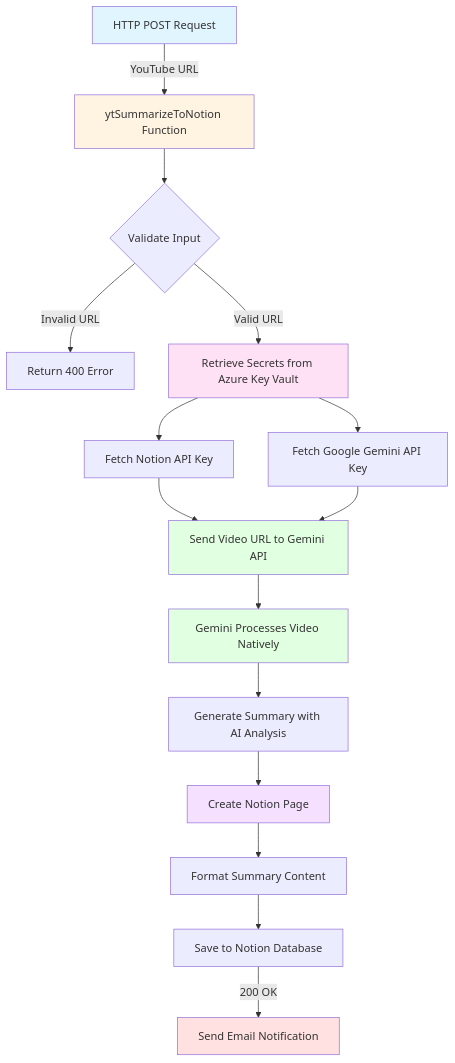
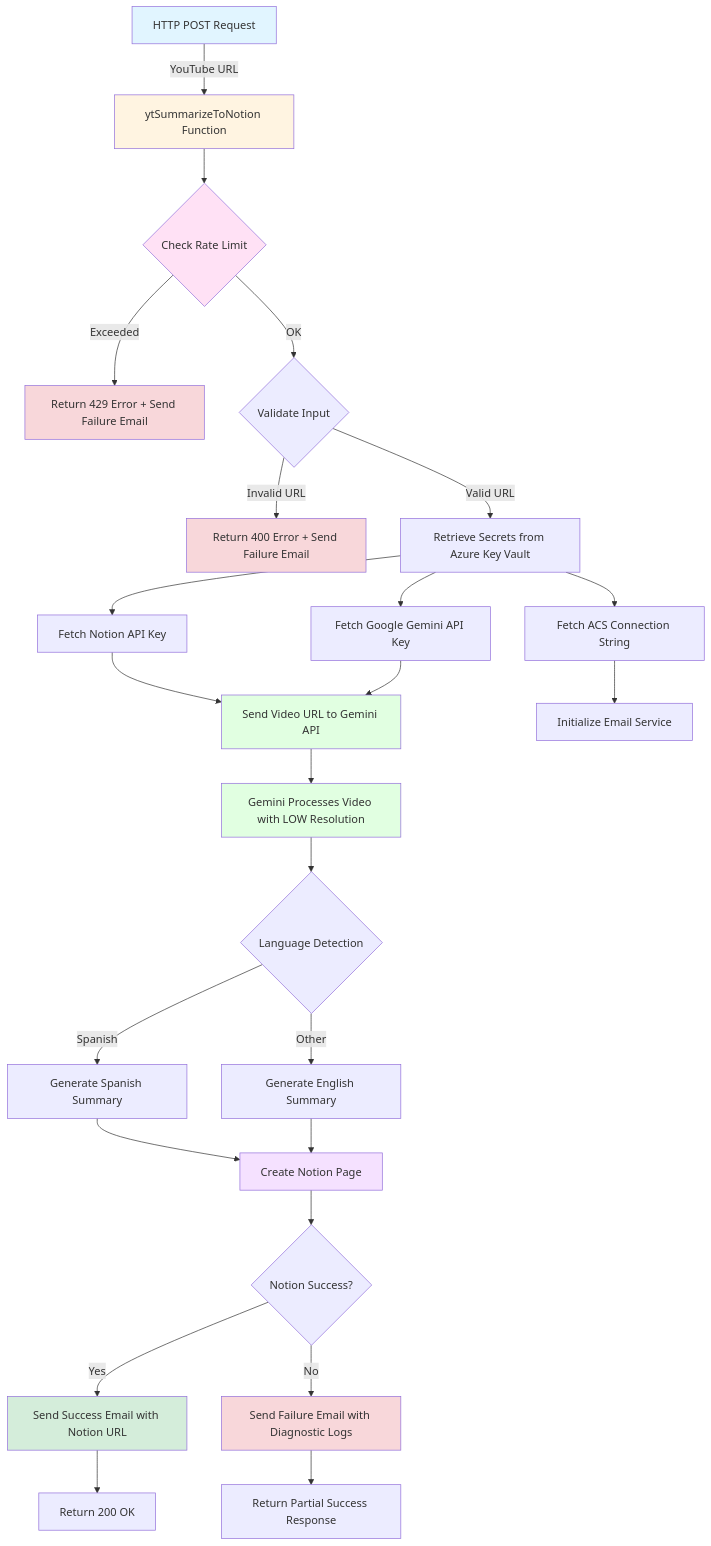
The diagram in README.md (rpabonnie/ytVideoSummarizeAzureFunctions), drawn with Mermaid before and after one commit. The commit also changed other lines of this file, not shown here.

````diff
--- a/README.md
+++ b/README.md
@@ -21,25 +22,37 @@
 ```mermaid
 graph TD
     A[HTTP POST Request] -->|YouTube URL| B[ytSummarizeToNotion Function]
-    B --> C{Validate Input}
-    C -->|Invalid URL| D[Return 400 Error]
-    C -->|Valid URL| E[Retrieve Secrets from Azure Key Vault]
-    E --> F[Fetch Notion API Key]
-    E --> G[Fetch Google Gemini API Key]
-    F --> H[Send Video URL to Gemini API]
-    G --> H
-    H --> I[Gemini Processes Video Natively]
-    I --> J[Generate Summary with AI Analysis]
-    J --> K[Create Notion Page]
-    K --> L[Format Summary Content]
-    L --> M[Save to Notion Database]
-    M --> |200 OK| N[Send Email Notification]
+    B --> C{Check Rate Limit}
+    C -->|Exceeded| D[Return 429 Error + Send Failure Email]
+    C -->|OK| E{Validate Input}
+    E -->|Invalid URL| F[Return 400 Error + Send Failure Email]
+    E -->|Valid URL| G[Retrieve Secrets from Azure Key Vault]
+    G --> H[Fetch Notion API Key]
+    G --> I[Fetch Google Gemini API Key]
+    G --> J[Fetch ACS Connection String]
+    H --> K[Send Video URL to Gemini API]
+    I --> K
+    K --> L[Gemini Processes Video with LOW Resolution]
+    L --> M{Language Detection}
+    M -->|Spanish| N[Generate Spanish Summary]
+    M -->|Other| O[Generate English Summary]
+    N --> P[Create Notion Page]
+    O --> P
+    P --> Q{Notion Success?}
+    Q -->|Yes| R[Send Success Email with Notion URL]
+    Q -->|No| S[Send Failure Email with Diagnostic Logs]
+    R --> T[Return 200 OK]
+    S --> U[Return Partial Success Response]
+    J --> V[Initialize Email Service]
     
     style A fill:#e1f5ff
     style B fill:#fff4e1
-    style E fill:#ffe1f5
-    style H fill:#e1ffe1
-    style I fill:#e1ffe1
-    style K fill:#f5e1ff
-    style N fill:#ffe1e1
+    style C fill:#ffe1f5
+    style K fill:#e1ffe1
+    style L fill:#e1ffe1
+    style P fill:#f5e1ff
+    style R fill:#d4edda
+    style S fill:#f8d7da
+    style D fill:#f8d7da
+    style F fill:#f8d7da
 ```
````
